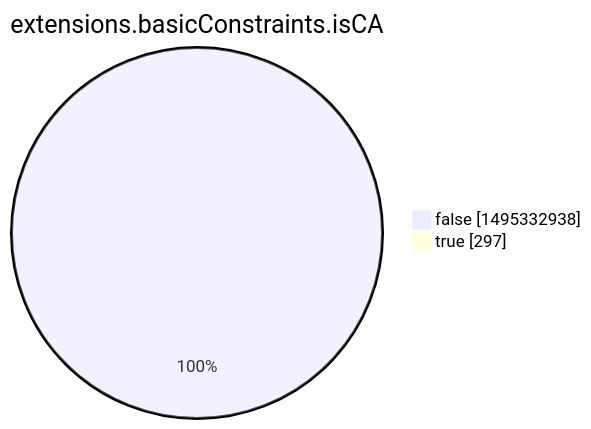
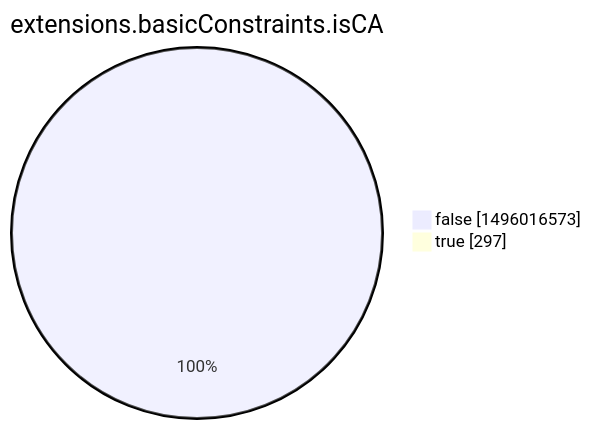
One commit to christiankrug/ctmonitor_visualization changed the eighth of 15 diagrams in argon2022/README.md. Above: the diagram before and after it, drawn with Mermaid. The commit also changed other lines of this file, not shown here.

````diff
--- a/argon2022/README.md
+++ b/argon2022/README.md
@@ -2760,6 +2760,6 @@
 ```mermaid
 pie showData
 title extensions.basicConstraints.isCA
-"false" :1495332938
+"false" :1496016573
 "true" :297
 ```
````
